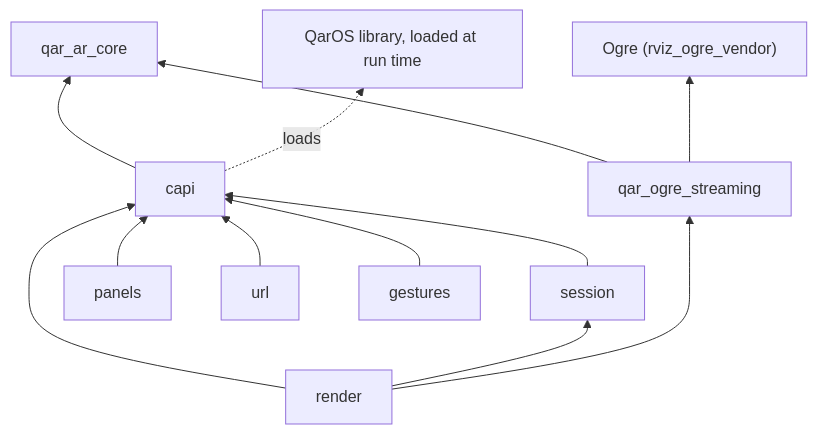
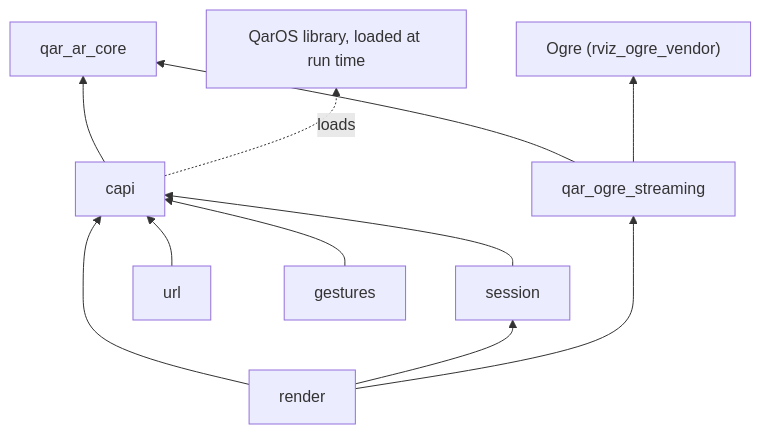
One commit to Quaternar/qaros-ogre changed the first of 2 diagrams in docs/ARCHITECTURE.md. Above: the diagram before and after it, drawn with Mermaid. The commit also changed other lines of this file and 17 other files, not shown here.

````diff
--- a/docs/ARCHITECTURE.md
+++ b/docs/ARCHITECTURE.md
@@ -7,24 +7,22 @@
 ```mermaid
 flowchart BT
   core["qar_ar_core"]
   ogre["qar_ogre_streaming"]
   capi["capi"]
   session["session"]
   render["render"]
-  panels["panels"]
   url["url"]
   gestures["gestures"]
   ogrelib["Ogre (rviz_ogre_vendor)"]
   dll["QarOS library, loaded at run time"]
   ogre --> core
   ogre --> ogrelib
   capi --> core
   session --> capi
   render --> capi
   render --> session
   render --> ogre
-  panels --> capi
   url --> capi
   gestures --> capi
   capi -. loads .-> dll
 ```
````
